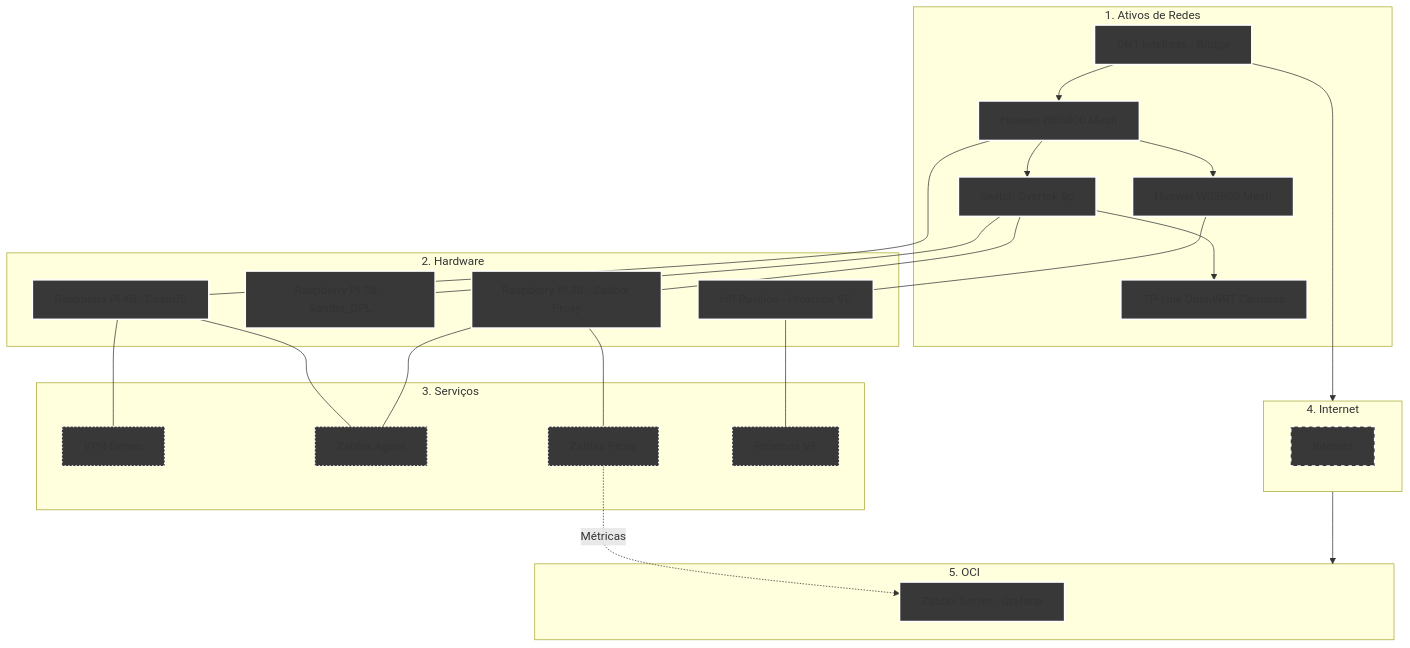
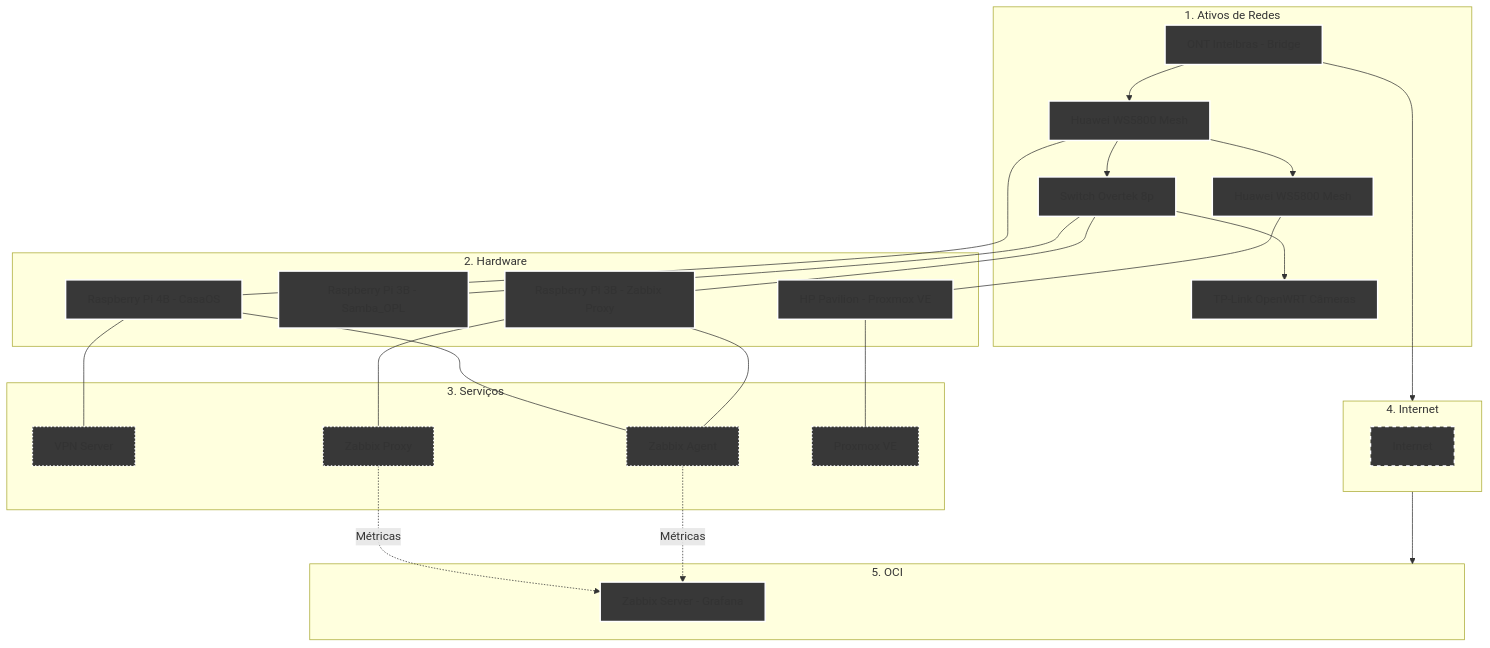
The diagram in Infraestructure/README.md (kevindexter22/Dr-Hardware-Autonet), drawn with Mermaid before and after one commit.

````diff
--- a/Infraestructure/README.md
+++ b/Infraestructure/README.md
@@ -13,53 +13,53 @@
 ```mermaid
 graph TD
     %% Estilos
     classDef rede fill:#383838,stroke:#FFFFFF,stroke-width:2px;
     classDef hardware fill:#383838,stroke:#FFFFFF,stroke-width:2px;
     classDef internet fill:#383838,stroke:#FFFFFF,stroke-width:2px,stroke-dasharray: 5 5;
     classDef serviços fill:#383838,stroke:#FFFFFF,stroke-width:2px, stroke-dasharray: 2 3;
     classDef oci fill:#383838,stroke:#FFFFFF,stroke-width:2px;
 
     %% 1. ATIVOS DE REDE
     subgraph S1 [1. Ativos de Redes]
         ONT[ONT Intelbras - Bridge]:::rede --> R_Mesh1[Huawei WS5800 Mesh]:::rede
         R_Mesh1 --> R_Mesh2[Huawei WS5800 Mesh]:::rede
         R_Mesh1 --> SW1[Switch Overtek 8p]:::rede
         SW1 --> R_Cams[TP-Link OpenWRT Câmeras]:::rede
     end
 
     %% 2. HARDWARE
     subgraph S2 [2. Hardware]
         R_Mesh1 --- RPi4B[Raspberry Pi 4B - CasaOS]:::hardware
         SW1 --- RPi3B_1[Raspberry Pi 3B - Samba_OPL]:::hardware
         SW1 --- RPi3B_2[Raspberry Pi 3B - Zabbix Proxy]:::hardware
         R_Mesh2 --- HP[HP Pavilion - Proxmox VE]:::hardware
     end
 
     %% 3. SERVIÇOS     
     subgraph S3 [3. Serviços];
         RPi4B --- VPN[VPN Server]:::serviços
         RPi4B --- ZA[Zabbix Agent]:::serviços
         RPi3B_2 --- ZA[Zabbix Agent]:::serviços
         RPi3B_2 --- ZP[Zabbix Proxy]:::serviços
         HP --- PVE[Proxmox VE]:::serviços        
     end
 
     %% 4. Internet (A PONTE)
     subgraph S4 [4. Internet]
            internet[Internet]:::internet
     end
 
     %% 5. OCI
     subgraph S5 [5. OCI]
         ZS[Zabbix Server - Grafana]:::oci
     end
 
     %% Conexões de Fluxo de Dados para manter a ordem
     ONT --> S4
     S4 --> S5
     
     %% Relacionamentos lógicos (setas duplas para replicação)
     ZP -.-> |Métricas| ZS
-    
+    ZA -.-> |Métricas| ZS 
 
 ```
````
